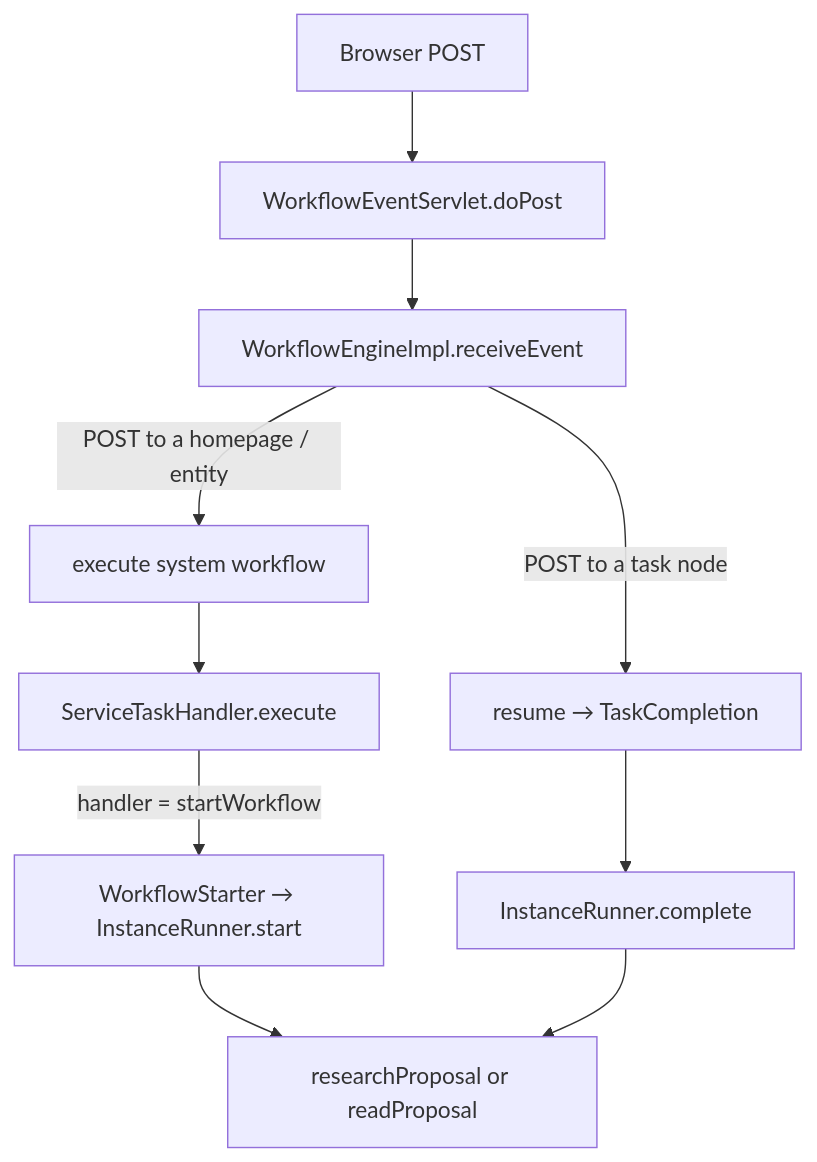
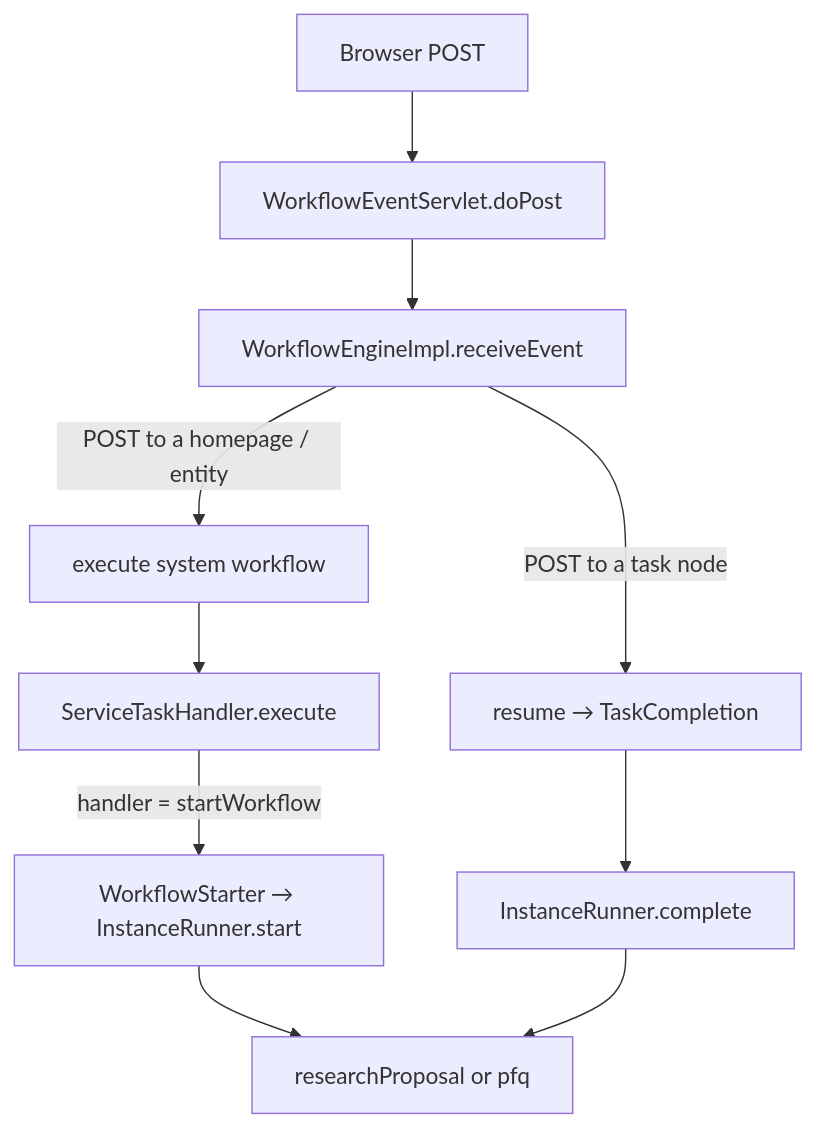
The first of 2 diagrams in demos/research-proposal/demo_details.md (data-team-uhn/iap), drawn with Mermaid before and after one commit. The commit also changed other lines of this file, not shown here.

````diff
--- a/demos/research-proposal/demo_details.md
+++ b/demos/research-proposal/demo_details.md
@@ -7,12 +7,12 @@
 ```mermaid
 flowchart TD
   UI["Browser POST"] --> Servlet["WorkflowEventServlet.doPost"]
   Servlet --> Engine["WorkflowEngineImpl.receiveEvent"]
   Engine -->|"POST to a task node"| Resume["resume → TaskCompletion"]
   Engine -->|"POST to a homepage / entity"| System["execute system workflow"]
   System --> Handler["ServiceTaskHandler.execute"]
   Handler -->|"handler = startWorkflow"| Starter["WorkflowStarter → InstanceRunner.start"]
   Resume --> Runner["InstanceRunner.complete"]
-  Starter --> UserWF["researchProposal or readProposal"]
+  Starter --> UserWF["researchProposal or pfq"]
   Runner --> UserWF
 ```
````
